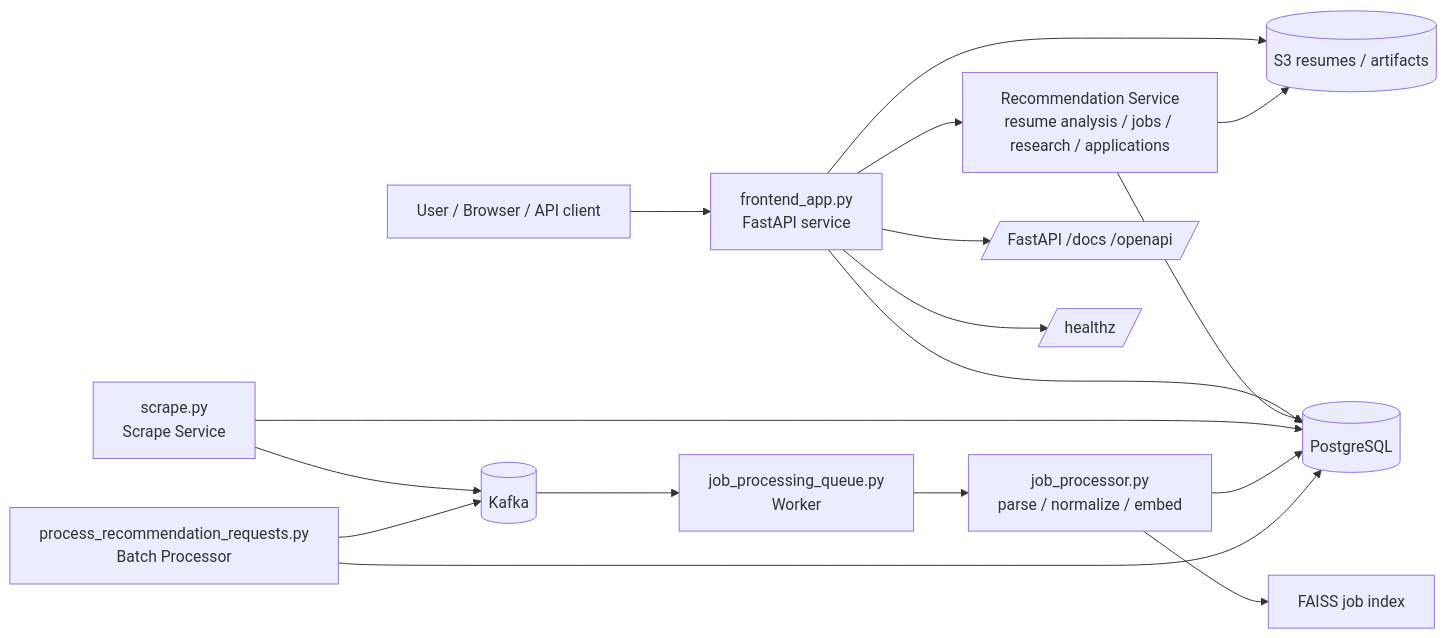
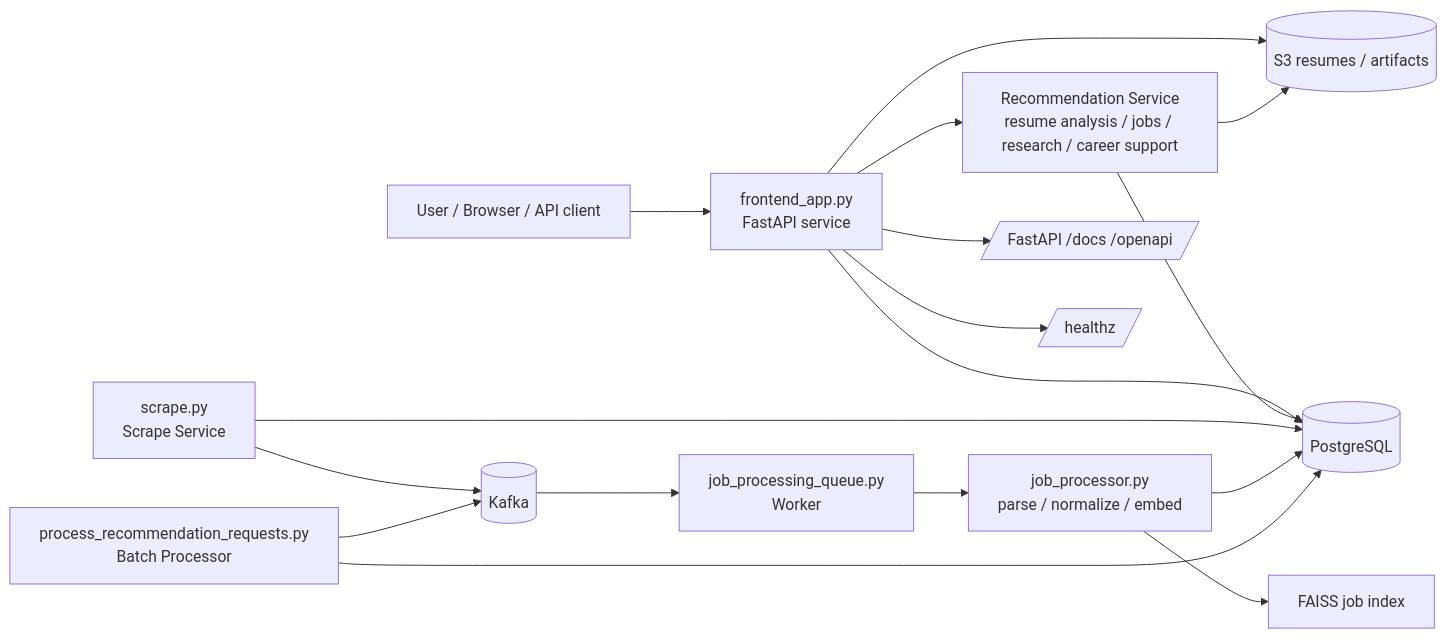
Before and after one commit to mmk0612/JobFinder.io: the diagram in ARCHITECTURE.md, drawn with Mermaid. The commit also changed 4 other files, not shown here.

````diff
--- a/ARCHITECTURE.md
+++ b/ARCHITECTURE.md
@@ -5,23 +5,23 @@
 ```mermaid
 flowchart LR
   U[User / Browser / API client] --> FE[frontend_app.py\nFastAPI service]
   FE --> PG[(PostgreSQL)]
   FE --> S3[(S3 resumes / artifacts)]
-  FE --> RS[Recommendation Service\nresume analysis / jobs / research / applications]
+  FE --> RS[Recommendation Service\nresume analysis / jobs / research / career support]
 
   RS --> PG
   RS --> S3
 
   SCR[scrape.py\nScrape Service] --> PG
   SCR --> K[(Kafka)]
   K --> W[job_processing_queue.py\nWorker]
   W --> JP[job_processor.py\nparse / normalize / embed]
   JP --> PG
   JP --> IDX[FAISS job index]
 
   BATCH[process_recommendation_requests.py\nBatch Processor] --> PG
   BATCH --> K
 
   FE --> DOCS[/FastAPI /docs /openapi/]
   FE --> HEALTH[/healthz/]
 ```
````
